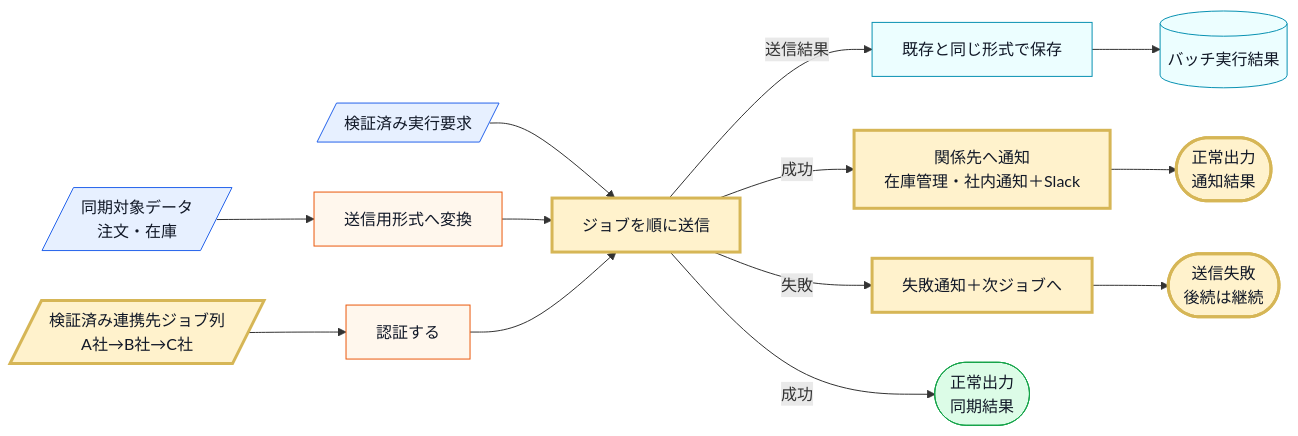
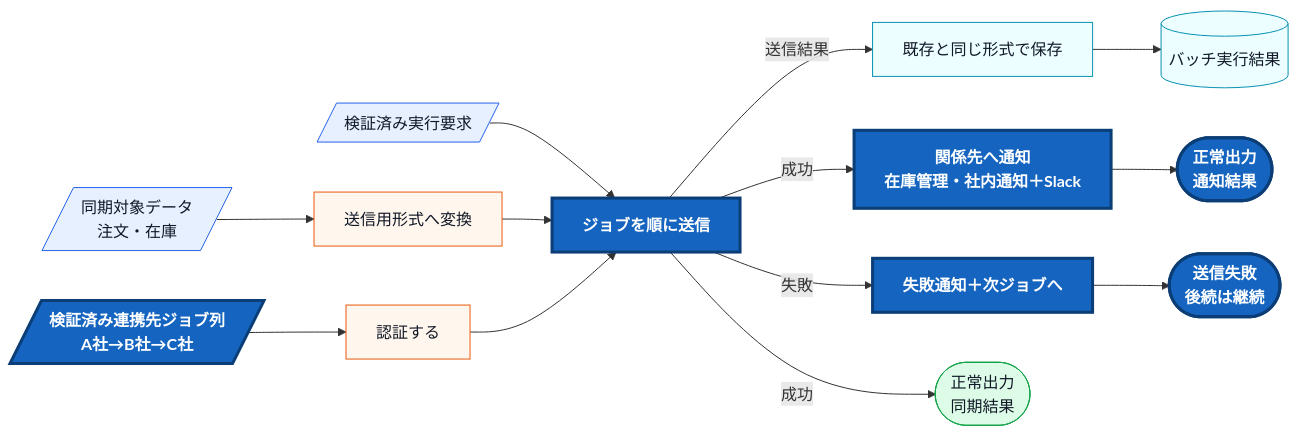
Before and after one commit to kumachan1101-pixel/DesignPattern: the fourth of 10 diagrams in kindle/design-patterns/output/chapter10.md, drawn with Mermaid. The commit also changed 19 other files, not shown here.

First line of the commit message:
図の変更箇所を色で示し、変更前後の対比の説明構造をそろえる

````diff
--- a/kindle/design-patterns/output/chapter10.md
+++ b/kindle/design-patterns/output/chapter10.md
@@ -985,23 +985,23 @@
 ```mermaid
 flowchart LR
     A[/検証済み連携先ジョブ列<br>A社→B社→C社/]:::input --> G[認証する]:::process
     C[/同期対象データ<br>注文・在庫/]:::input --> D[送信用形式へ変換]:::process
     E[/検証済み実行要求/]:::input --> H
     D --> H[ジョブを順に送信]:::process
     G --> H
     H -->|送信結果| R[既存と同じ形式で保存]:::stable
     R --> S[(バッチ実行結果)]:::stable
     H -->|成功| I[関係先へ通知<br>在庫管理・社内通知＋Slack]:::process
     H -->|失敗| L[失敗通知＋次ジョブへ]:::process
     H -->|成功| J([正常出力<br>同期結果]):::normal
     I --> K([正常出力<br>通知結果]):::normal
     L --> M([送信失敗<br>後続は継続]):::normal
 
     classDef input fill:#e7f0ff,stroke:#2563eb,color:#111827;
     classDef process fill:#fff7ed,stroke:#ea580c,color:#111827;
     classDef decision fill:#fef9c3,stroke:#ca8a04,color:#111827;
     classDef normal fill:#dcfce7,stroke:#16a34a,color:#111827;
     classDef stable fill:#ecfeff,stroke:#0891b2,color:#111827;
-    classDef changed fill:#fff2cc,stroke:#d6b656,stroke-width:3px,color:#111827;
+    classDef changed fill:#1565c0,stroke:#0b3d76,stroke-width:3px,color:#ffffff,font-weight:bold;
     class A,H,I,L,K,M changed;
 ```
````
